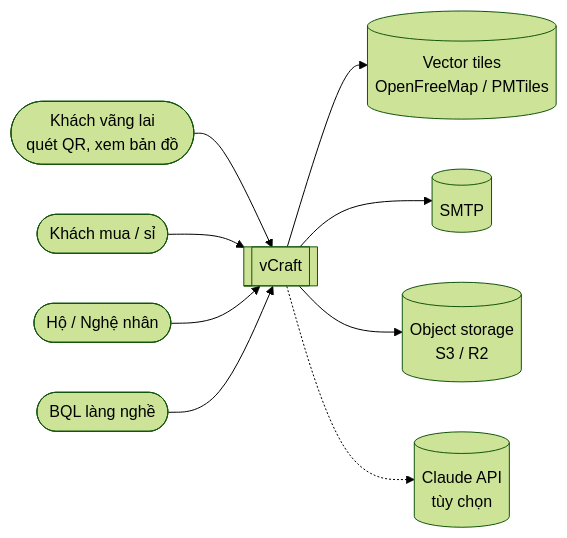
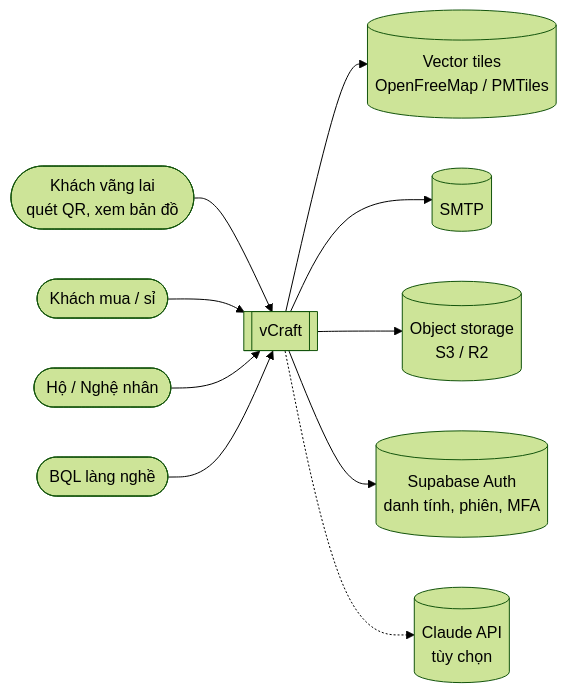
One commit to DienHung05/vCRAFT changed the first of 9 diagrams in docs/ARCHITECTURE.md. Above: the diagram before and after it, drawn with Mermaid (forest theme). The commit also changed other lines of this file and 47 other files, not shown here.

````diff
--- a/docs/ARCHITECTURE.md
+++ b/docs/ARCHITECTURE.md
@@ -48,21 +49,23 @@
 ```mermaid
 flowchart LR
     guest([Khách vãng lai<br/>quét QR, xem bản đồ])
     buyer([Khách mua / sỉ])
     artisan([Hộ / Nghệ nhân])
     admin([BQL làng nghề])
     vcraft[[vCraft]]
     tiles[(Vector tiles<br/>OpenFreeMap / PMTiles)]
     mail[(SMTP)]
     s3[(Object storage<br/>S3 / R2)]
     llm[(Claude API<br/>tùy chọn)]
+    idp[(Supabase Auth<br/>danh tính, phiên, MFA)]
 
     guest --> vcraft
     buyer --> vcraft
     artisan --> vcraft
     admin --> vcraft
     vcraft --> tiles
     vcraft --> mail
     vcraft --> s3
+    vcraft --> idp
     vcraft -.-> llm
 ```
````
